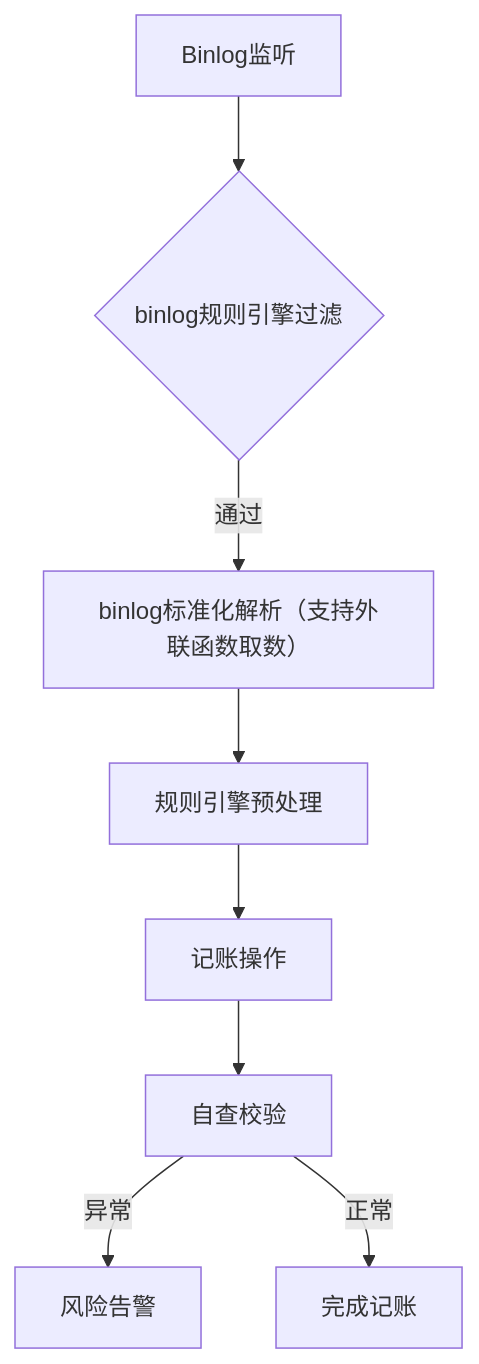
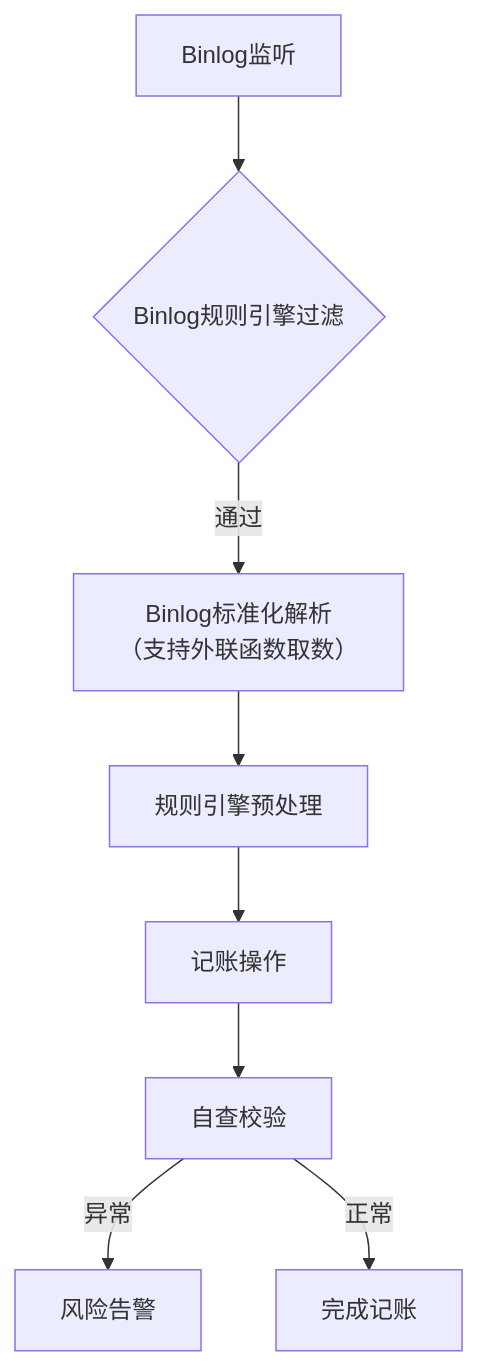
Before and after one commit to 87828943/iodraw-files: the diagram in all/架构流程.md, drawn with Mermaid.

Commit message:
2025-07-07 10:56:43 update

````diff
--- a/all/架构流程.md
+++ b/all/架构流程.md
@@ -1,10 +1,10 @@
 ```mermaid
 graph TD
-    A[Binlog监听] --> B{binlog规则引擎过滤}
-    B -->|通过| C[binlog标准化解析（支持外联函数取数）]
+    A[Binlog监听] --> B{Binlog规则引擎过滤}
+    B -->|通过| C[Binlog标准化解析\n（支持外联函数取数）]
     C --> D[规则引擎预处理]
     D --> E[记账操作]
     E --> F[自查校验]
     F -->|异常| G[风险告警]
     F -->|正常| H[完成记账]
 ```
````
